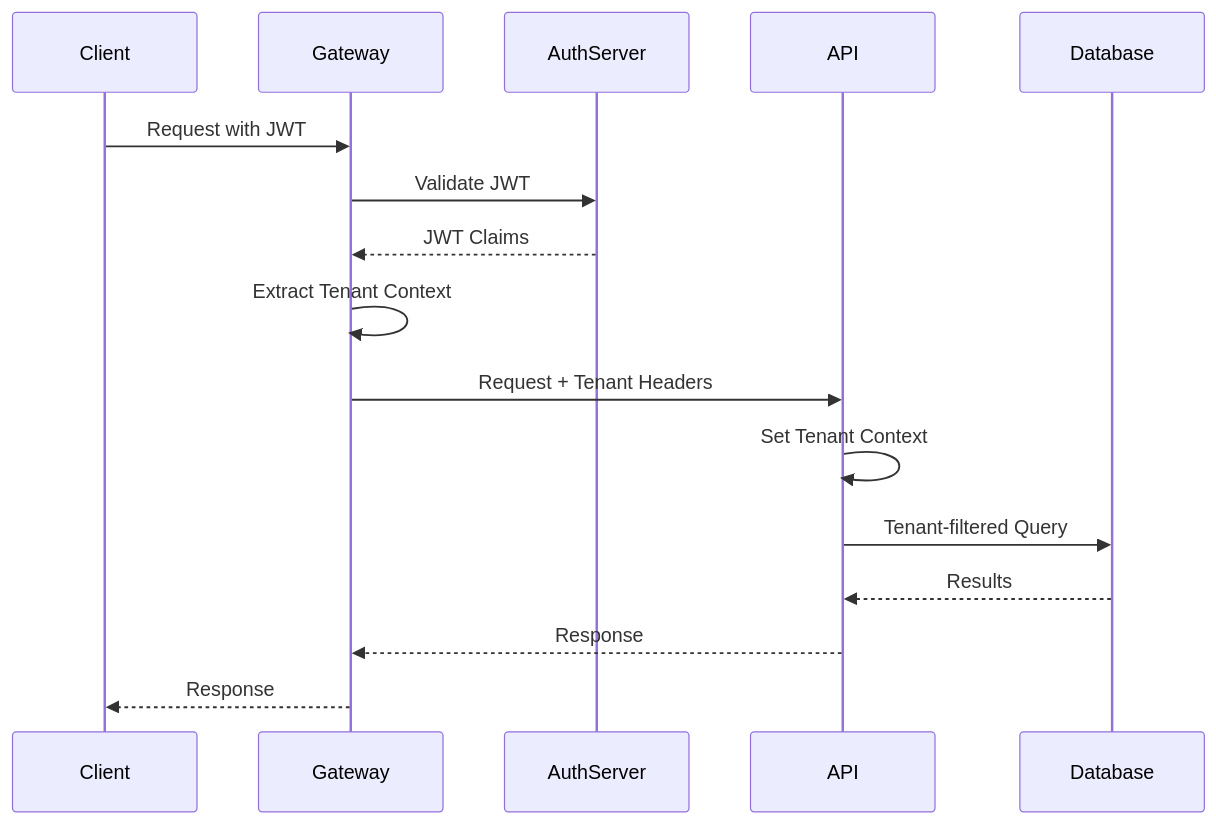
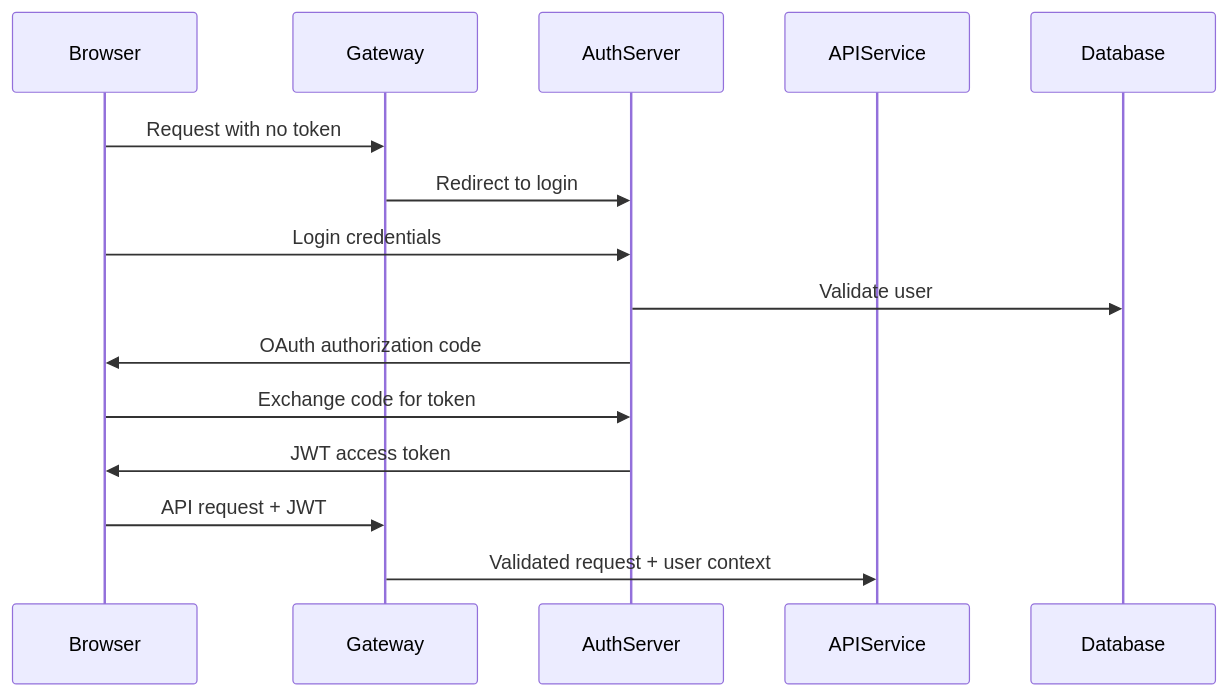
Before and after one commit to Praesto-Pro/openframe-oss-tenant: the ninth of 11 diagrams in docs/development/architecture/README.md, drawn with Mermaid. The commit also changed other lines of this file and 214 other files, not shown here.

````diff
--- a/docs/development/architecture/README.md
+++ b/docs/development/architecture/README.md
@@ -390,19 +346,18 @@
 ```mermaid
 sequenceDiagram
-    participant Client
+    participant Browser
     participant Gateway
     participant AuthServer
-    participant API
+    participant APIService
     participant Database
 
-    Client->>Gateway: Request with JWT
-    Gateway->>AuthServer: Validate JWT
-    AuthServer-->>Gateway: JWT Claims
-    Gateway->>Gateway: Extract Tenant Context
-    Gateway->>API: Request + Tenant Headers
-    API->>API: Set Tenant Context
-    API->>Database: Tenant-filtered Query
-    Database-->>API: Results
-    API-->>Gateway: Response
-    Gateway-->>Client: Response
+    Browser->>Gateway: Request with no token
+    Gateway->>AuthServer: Redirect to login
+    Browser->>AuthServer: Login credentials
+    AuthServer->>Database: Validate user
+    AuthServer->>Browser: OAuth authorization code
+    Browser->>AuthServer: Exchange code for token
+    AuthServer->>Browser: JWT access token
+    Browser->>Gateway: API request + JWT
+    Gateway->>APIService: Validated request + user context
 ```
````
